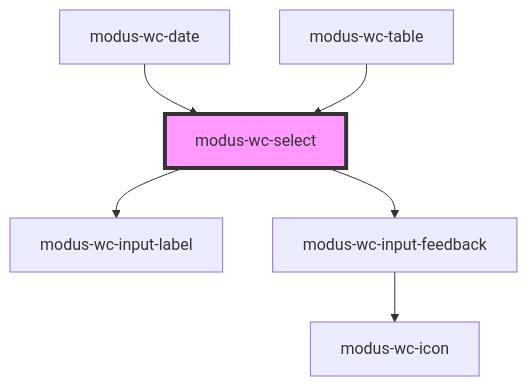
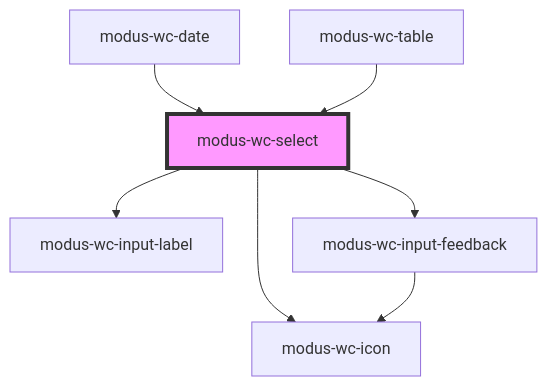
The diagram in src/components/modus-wc-select/readme.md (trimble-oss/modus-wc-2.0), drawn with Mermaid before and after one commit. The commit also changed other lines of this file and 4 other files, not shown here.

First line of the commit message:
fix(select): Replace native chevron with custom expand_more icon

````diff
--- a/src/components/modus-wc-select/readme.md
+++ b/src/components/modus-wc-select/readme.md
@@ -52,9 +53,10 @@
 ```mermaid
 graph TD;
   modus-wc-select --> modus-wc-input-label
+  modus-wc-select --> modus-wc-icon
   modus-wc-select --> modus-wc-input-feedback
   modus-wc-input-feedback --> modus-wc-icon
   modus-wc-date --> modus-wc-select
   modus-wc-table --> modus-wc-select
   style modus-wc-select fill:#f9f,stroke:#333,stroke-width:4px
 ```
````
